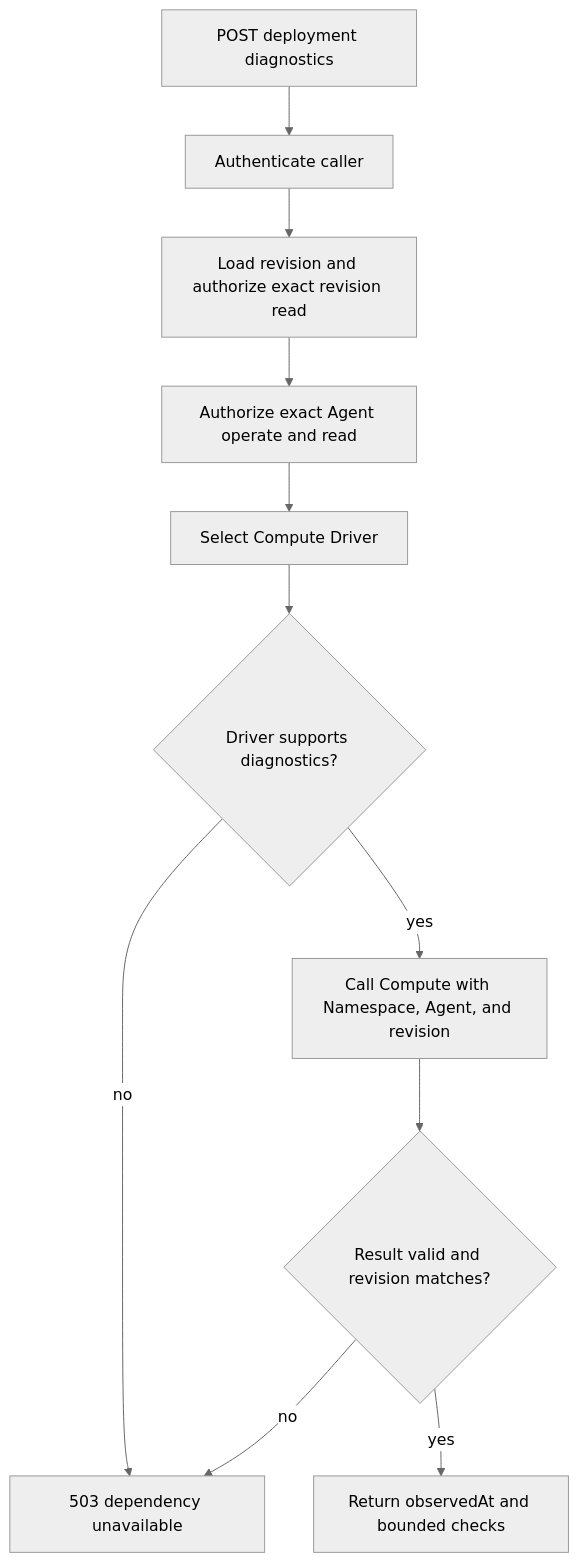
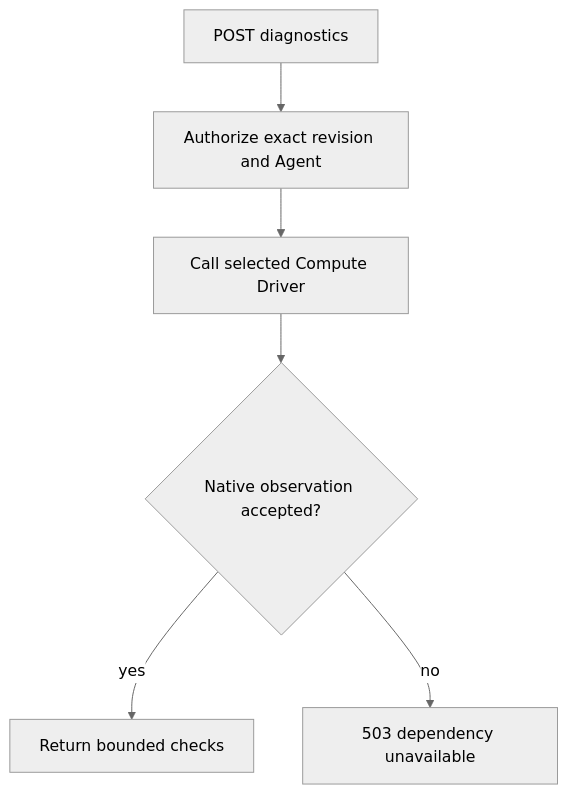
The diagram in docs/flows/agent-deployment-diagnostics.md (IsaiahStapleton/openclaw-enterprise), drawn with Mermaid (neutral theme) before and after one commit. The commit also changed other lines of this file and 14 other files, not shown here.

Commit message:
refactor: simplify deployment diagnostics evidence

````diff
--- a/docs/flows/agent-deployment-diagnostics.md
+++ b/docs/flows/agent-deployment-diagnostics.md
@@ -35,13 +27,8 @@
 ```mermaid
 graph TD
-  A["POST deployment diagnostics"] --> B["Authenticate caller"]
-  B --> C["Load revision and authorize exact revision read"]
-  C --> D["Authorize exact Agent operate and read"]
-  D --> E["Select Compute Driver"]
-  E --> F{"Driver supports diagnostics?"}
-  F -->|no| G["503 dependency unavailable"]
-  F -->|yes| H["Call Compute with Namespace, Agent, and revision"]
-  H --> I{"Result valid and revision matches?"}
-  I -->|no| G
-  I -->|yes| J["Return observedAt and bounded checks"]
+  A["POST diagnostics"] --> B["Authorize exact revision and Agent"]
+  B --> C["Call selected Compute Driver"]
+  C --> D{"Native observation accepted?"}
+  D -->|yes| E["Return bounded checks"]
+  D -->|no| F["503 dependency unavailable"]
 ```
````
